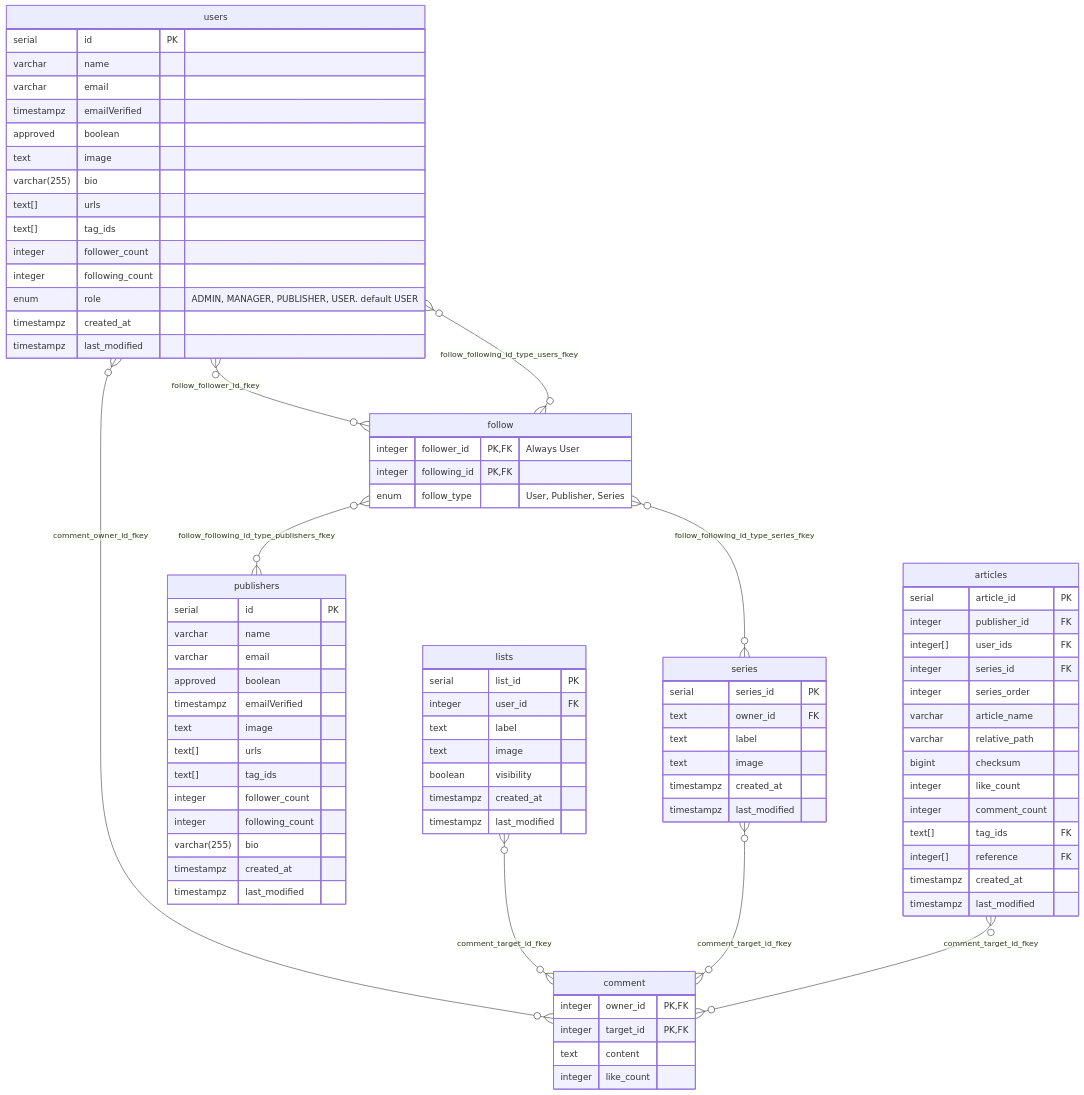
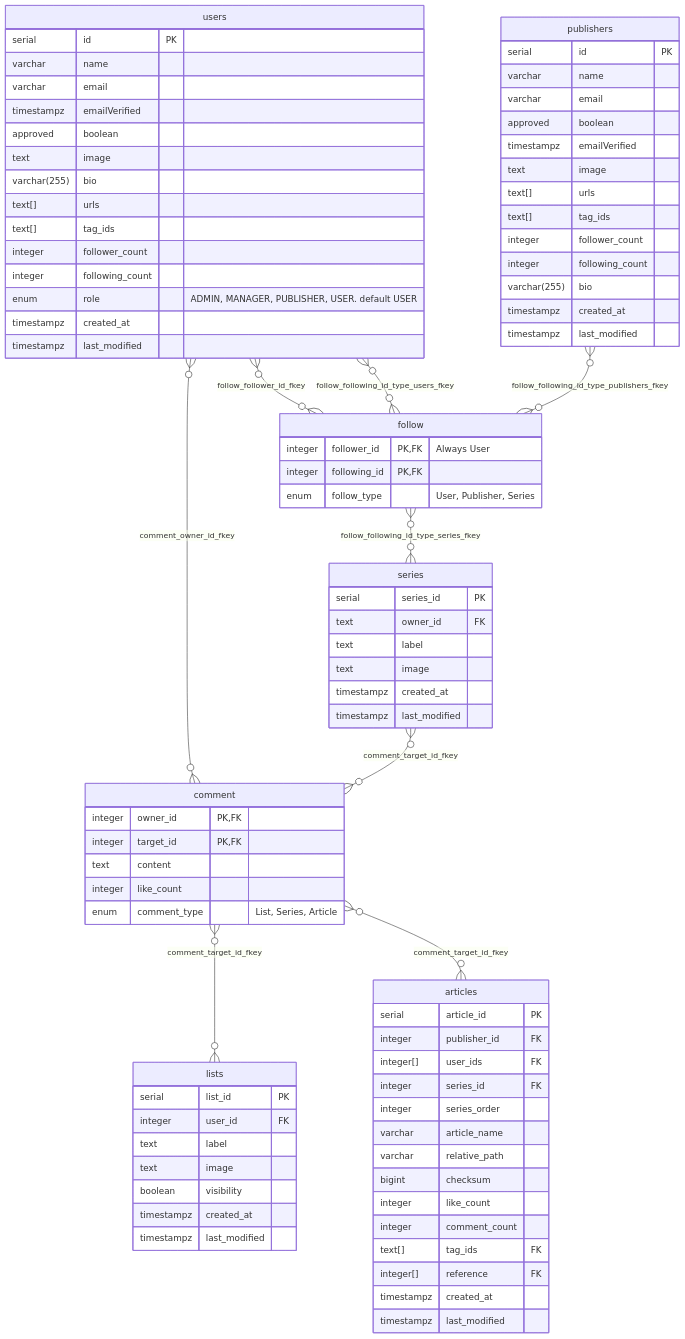
The seventh of 9 diagrams in Capstone/Diagrams.md (4ry1337/my-obsidian), drawn with Mermaid before and after one commit. The commit also changed other lines of this file, not shown here.

````diff
--- a/Capstone/Diagrams.md
+++ b/Capstone/Diagrams.md
@@ -444,10 +485,5 @@
 ```mermaid
 erDiagram
-follow {
-	integer follower_id PK, FK "Always User"
-	integer following_id PK, FK
-	enum follow_type "User, Publisher, Series"
-}
 users {
 	serial id PK
 	varchar name
@@ -469,7 +505,6 @@
 	timestampz created_at
 	timestampz last_modified
 }
-
 series {
 	serial series_id PK
 	text owner_id FK
@@ -497,17 +532,6 @@
 	
 	timestampz created_at
 	timestampz last_modified
-}
-
-users }o--o{ follow : follow_follower_id_fkey
-users }o--o{ follow : follow_following_id_type_users_fkey
-follow }o--o{ series : follow_following_id_type_series_fkey
-follow }o--o{ publishers : follow_following_id_type_publishers_fkey
-comment {
-	integer owner_id PK, FK
-	integer target_id PK, FK
-	text content
-	integer like_count
 }
 lists {
 	serial list_id PK
@@ -539,9 +563,24 @@
 	timestampz created_at
 	timestampz last_modified
 }
-
+follow {
+	integer follower_id PK, FK "Always User"
+	integer following_id PK, FK
+	enum follow_type "User, Publisher, Series"
+}
+comment {
+	integer owner_id PK, FK
+	integer target_id PK, FK
+	text content
+	integer like_count
+	enum comment_type "List, Series, Article"
+}
+users }o--o{ follow : follow_follower_id_fkey
+users }o--o{ follow : follow_following_id_type_users_fkey
+follow }o--o{ series : follow_following_id_type_series_fkey
+publishers }o--o{ follow : follow_following_id_type_publishers_fkey
 users }o--o{ comment : comment_owner_id_fkey
-lists }o--o{ comment: comment_target_id_fkey
 series }o--o{ comment : comment_target_id_fkey
-articles }o--o{ comment: comment_target_id_fkey
+comment }o--o{ lists : comment_target_id_fkey
+comment }o--o{ articles: comment_target_id_fkey
 ```
````
